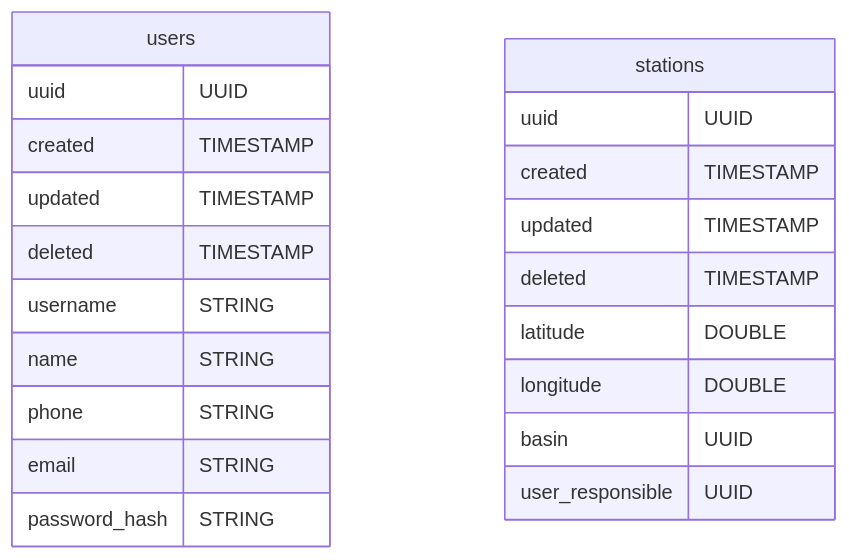
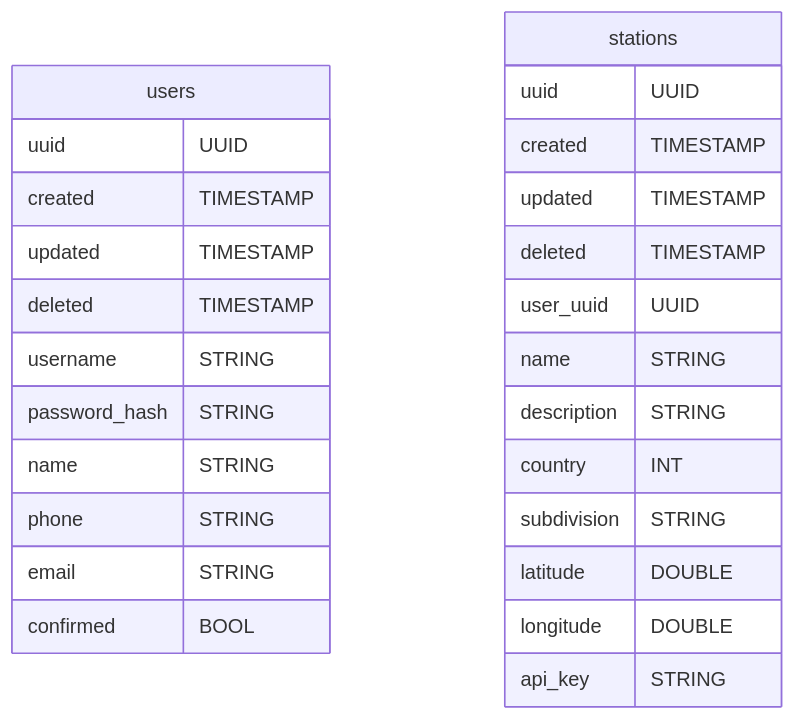
The first of 4 diagrams in Database.md (hidromatologia-v2/docs), drawn with Mermaid before and after one commit. The commit also changed other lines of this file, not shown here.

Commit message:
docs: updated tables ER diagrams

````diff
--- a/Database.md
+++ b/Database.md
@@ -28,26 +7,31 @@
 ```mermaid
 erDiagram
 
 users {
 	uuid UUID
 	created TIMESTAMP
 	updated TIMESTAMP
 	deleted TIMESTAMP
 	username STRING
+	password_hash STRING
 	name STRING
 	phone STRING
 	email STRING
-	password_hash STRING
+	confirmed BOOL
 }
 
 stations {
 	uuid UUID
 	created TIMESTAMP
 	updated TIMESTAMP
 	deleted TIMESTAMP
+	user_uuid UUID
+	name STRING
+	description STRING
+	country INT
+	subdivision STRING
 	latitude DOUBLE
 	longitude DOUBLE
-	basin UUID
-	user_responsible UUID
+	api_key STRING
 }
 ```
````
